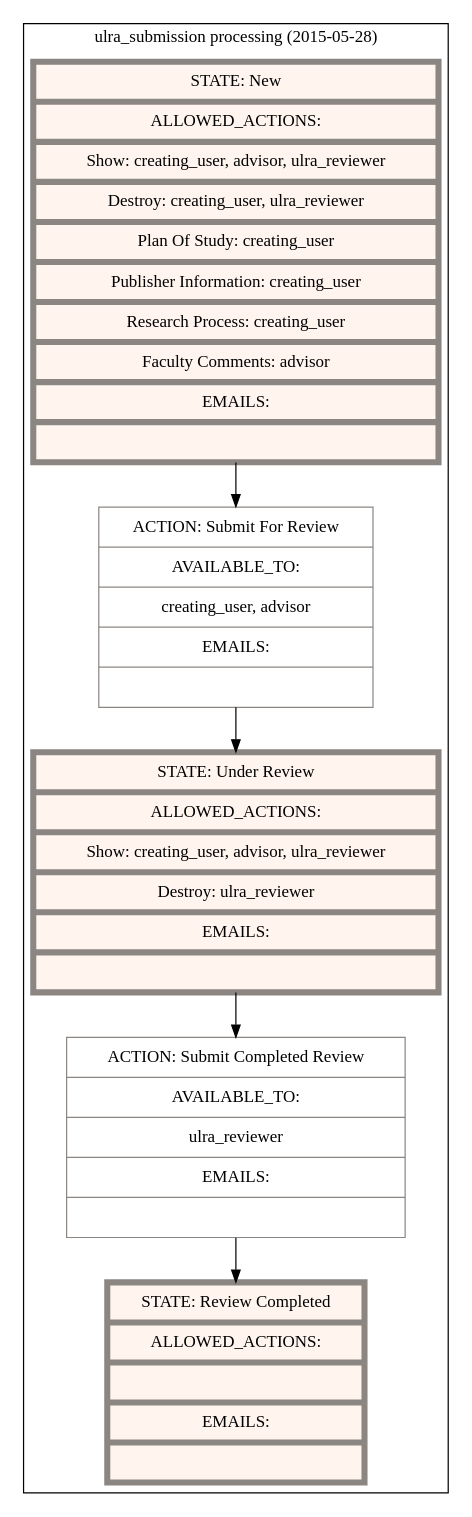
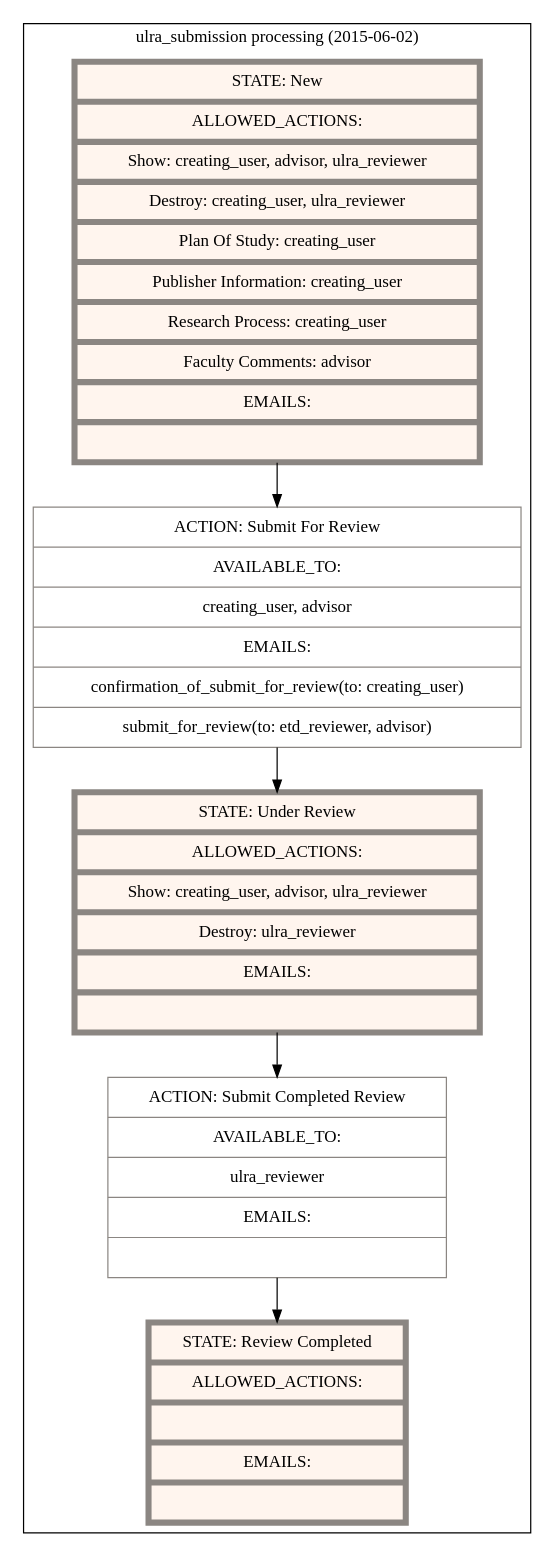
Before and after one commit to scholarworks/sipity: the diagram in artifacts/state_machines/ulra-submission-processing.dot, drawn with Graphviz. The commit also changed 5 other files, not shown here.

First line of the commit message:
Updating state diagrams

```diff
--- a/artifacts/state_machines/ulra-submission-processing.dot
+++ b/artifacts/state_machines/ulra-submission-processing.dot
@@ -1,25 +1,25 @@
 digraph "G" {
   compound=true;
   node[color="grey15" margin="0.15, 0.125"];
   subgraph cluster_0 {
-    label="ulra_submission processing (2015-05-28)"
+    label="ulra_submission processing (2015-06-02)"
     node[style=filled fillcolor=white color="seashell4"]
     subgraph 0 {
       label="States";
       node[shape="record" fillcolor="seashell1" penwidth=5]
       state_new [label="{ STATE: New | ALLOWED_ACTIONS: | Show: creating_user, advisor, ulra_reviewer | Destroy: creating_user, ulra_reviewer | Plan Of Study: creating_user | Publisher Information: creating_user | Research Process: creating_user | Faculty Comments: advisor | EMAILS: |  }"]
       state_review_completed [label="{ STATE: Review Completed | ALLOWED_ACTIONS: |  | EMAILS: |  }"]
       state_under_review [label="{ STATE: Under Review | ALLOWED_ACTIONS: | Show: creating_user, advisor, ulra_reviewer | Destroy: ulra_reviewer | EMAILS: |  }"]
     }
     subgraph 1 {
       label="Actions"
       node[shape="record" shape=record penwidth=1]
-        action_submit_for_review [label="{ ACTION: Submit For Review | AVAILABLE_TO: | creating_user, advisor | EMAILS: |  }"]
+        action_submit_for_review [label="{ ACTION: Submit For Review | AVAILABLE_TO: | creating_user, advisor | EMAILS: | confirmation_of_submit_for_review(to: creating_user) | submit_for_review(to: etd_reviewer, advisor) }"]
         action_submit_completed_review [label="{ ACTION: Submit Completed Review | AVAILABLE_TO: | ulra_reviewer | EMAILS: |  }"]
     }
       state_new -> action_submit_for_review
       action_submit_for_review -> state_under_review
       state_under_review -> action_submit_completed_review
       action_submit_completed_review -> state_review_completed
   }
 }
```
